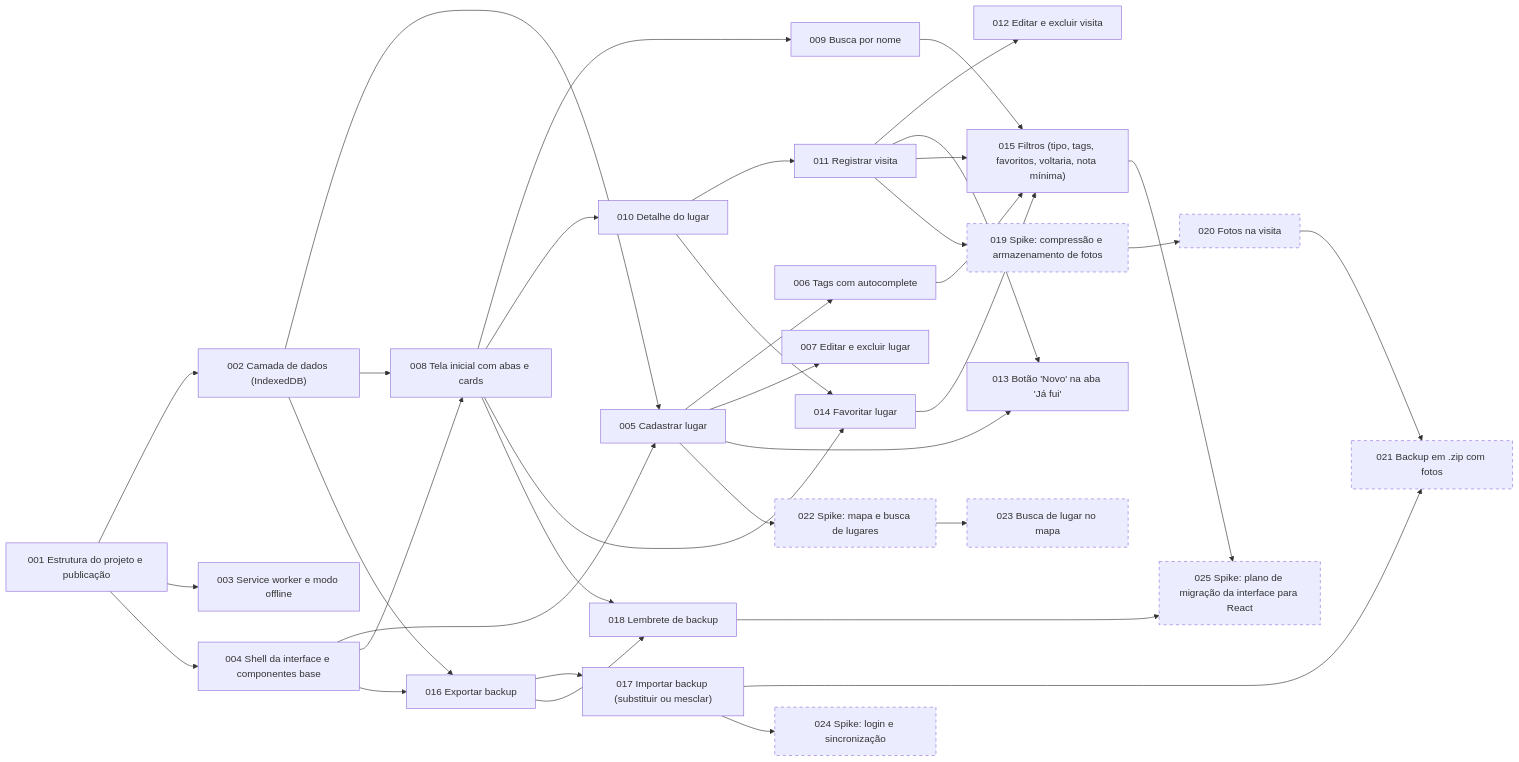
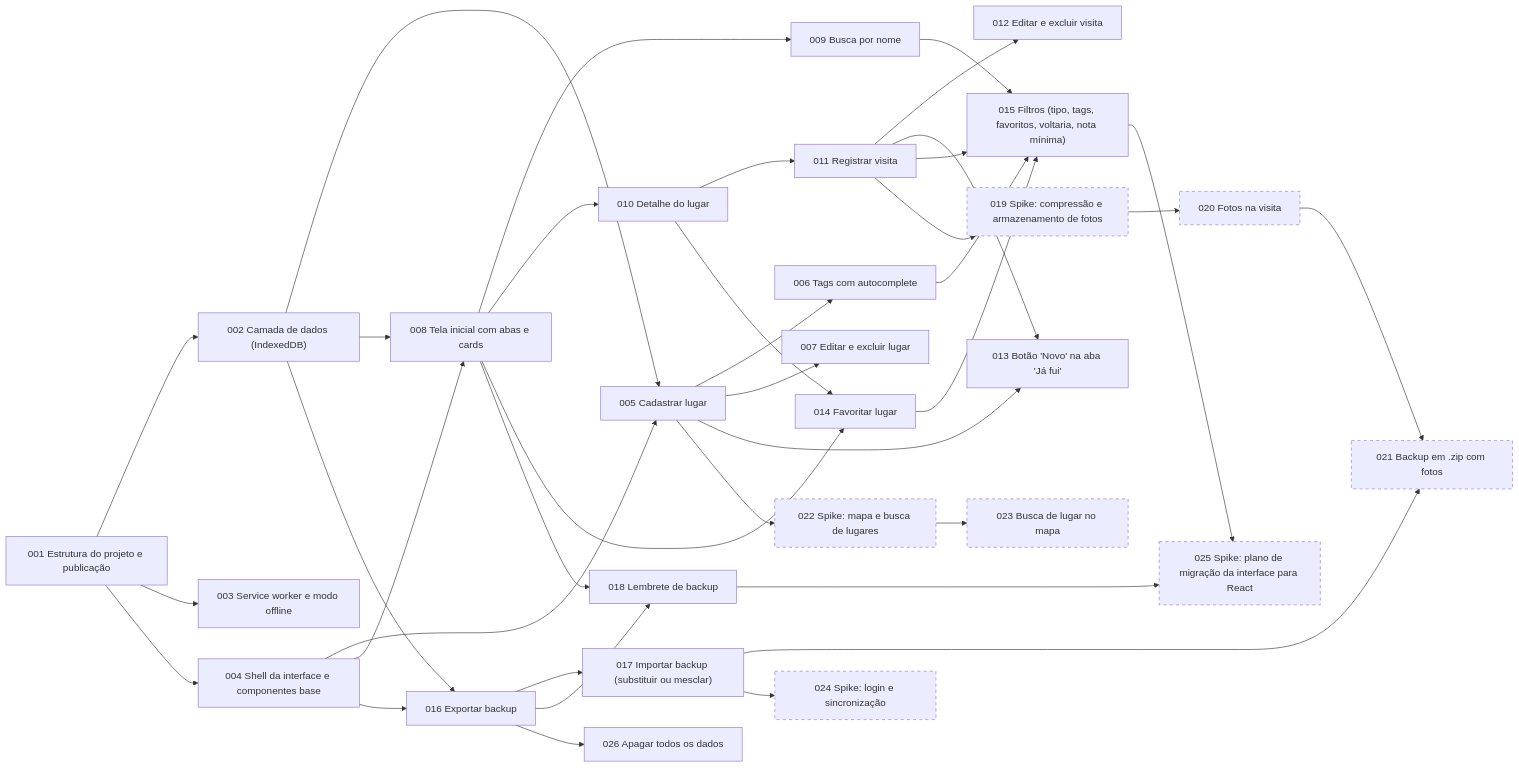
One commit to thalesAlves758/spot-diary changed the diagram in docs/cards/_index.md. Above: the diagram before and after it, drawn with Mermaid. The commit also changed other lines of this file and 3 other files, not shown here.

First line of the commit message:
docs: adiciona RF18 e CARD-026 (apagar todos os dados)

````diff
--- a/docs/cards/_index.md
+++ b/docs/cards/_index.md
@@ -65,65 +66,67 @@
 ```mermaid
 flowchart LR
     C001["001 Estrutura do projeto e publicação"]
     C002["002 Camada de dados (IndexedDB)"]
     C003["003 Service worker e modo offline"]
     C004["004 Shell da interface e componentes base"]
     C005["005 Cadastrar lugar"]
     C006["006 Tags com autocomplete"]
     C007["007 Editar e excluir lugar"]
     C008["008 Tela inicial com abas e cards"]
     C009["009 Busca por nome"]
     C010["010 Detalhe do lugar"]
     C011["011 Registrar visita"]
     C012["012 Editar e excluir visita"]
     C013["013 Botão 'Novo' na aba 'Já fui'"]
     C014["014 Favoritar lugar"]
     C015["015 Filtros (tipo, tags, favoritos, voltaria, nota mínima)"]
     C016["016 Exportar backup"]
     C017["017 Importar backup (substituir ou mesclar)"]
     C018["018 Lembrete de backup"]
     C019["019 Spike: compressão e armazenamento de fotos"]
     C020["020 Fotos na visita"]
     C021["021 Backup em .zip com fotos"]
     C022["022 Spike: mapa e busca de lugares"]
     C023["023 Busca de lugar no mapa"]
     C024["024 Spike: login e sincronização"]
     C025["025 Spike: plano de migração da interface para React"]
+    C026["026 Apagar todos os dados"]
     C001 --> C002
     C001 --> C003
     C001 --> C004
     C002 --> C005
     C004 --> C005
     C005 --> C006
     C005 --> C007
     C002 --> C008
     C004 --> C008
     C008 --> C009
     C008 --> C010
     C010 --> C011
     C011 --> C012
     C005 --> C013
     C011 --> C013
     C008 --> C014
     C010 --> C014
     C006 --> C015
     C009 --> C015
     C011 --> C015
     C014 --> C015
     C002 --> C016
     C004 --> C016
     C016 --> C017
     C008 --> C018
     C016 --> C018
     C011 --> C019
     C019 --> C020
     C017 --> C021
     C020 --> C021
     C005 --> C022
     C022 --> C023
     C017 --> C024
     C015 --> C025
     C018 --> C025
+    C016 --> C026
     classDef depois stroke-dasharray: 5 5
     class C019,C020,C021,C022,C023,C024,C025 depois
 ```
````
